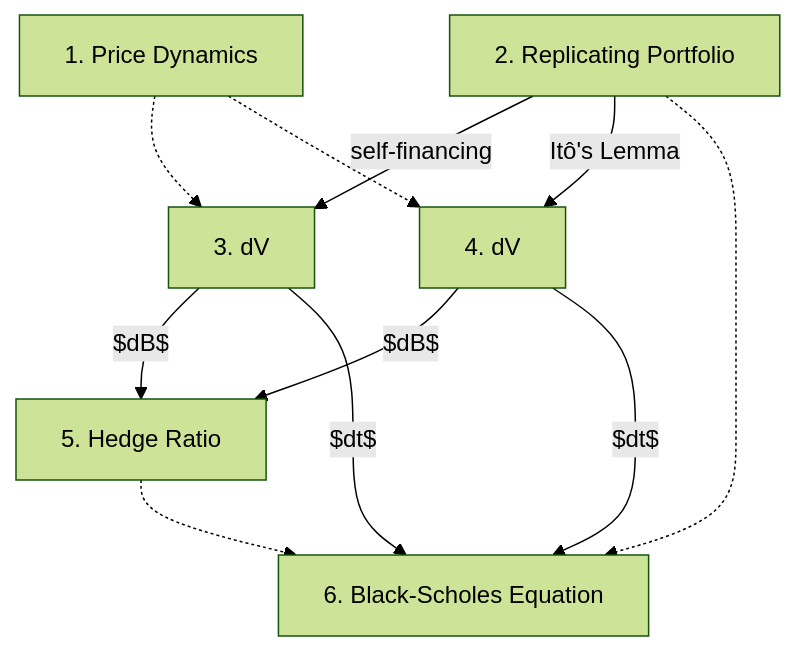
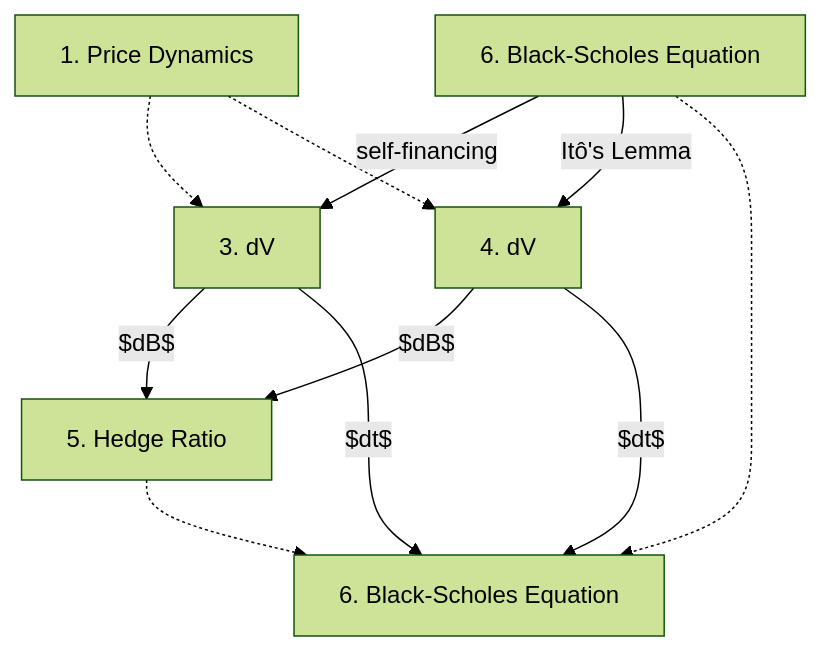
The diagram in _posts/2018-05-27-a-very-quick-derivation-of-Black-Scholes-equation.md (imfl/beautiful-jekyll), drawn with Mermaid (forest theme) before and after one commit.

```diff
--- a/_posts/2018-05-27-a-very-quick-derivation-of-Black-Scholes-equation.md
+++ b/_posts/2018-05-27-a-very-quick-derivation-of-Black-Scholes-equation.md
@@ -102,13 +102,13 @@
 <div class="mermaid">
 graph TD
     A[1. Price Dynamics] -.-> C[3. dV]
-    B[2. Replicating Portfolio] --self-financing--> C[3. dV]
-    B --Itô's Lemma--> D[4. dV]
-    A -.-> D
-    C --$dB$--> E[5. Hedge Ratio]
-    C --$dt$--> F[6. Black-Scholes Equation]
-    D --$dB$--> E
-    D --$dt$--> F
-    B -.->F
-    E -.-> F
+    B[6. Black-Scholes Equation] --self-financing--> C[3. dV]
+    B[6. Black-Scholes Equation] --Itô's Lemma--> D[4. dV]
+    A[1. Price Dynamics] -.-> D[4. dV]
+    C[3. dV] --$dB$--> E[5. Hedge Ratio]
+    C[3. dV] --$dt$--> F[6. Black-Scholes Equation]
+    D[4. dV] --$dB$--> E[5. Hedge Ratio]
+    D[4. dV] --$dt$--> F[6. Black-Scholes Equation]
+    B[6. Black-Scholes Equation] -.->F[6. Black-Scholes Equation]
+    E[5. Hedge Ratio] -.-> F[6. Black-Scholes Equation]
 </div>
```
